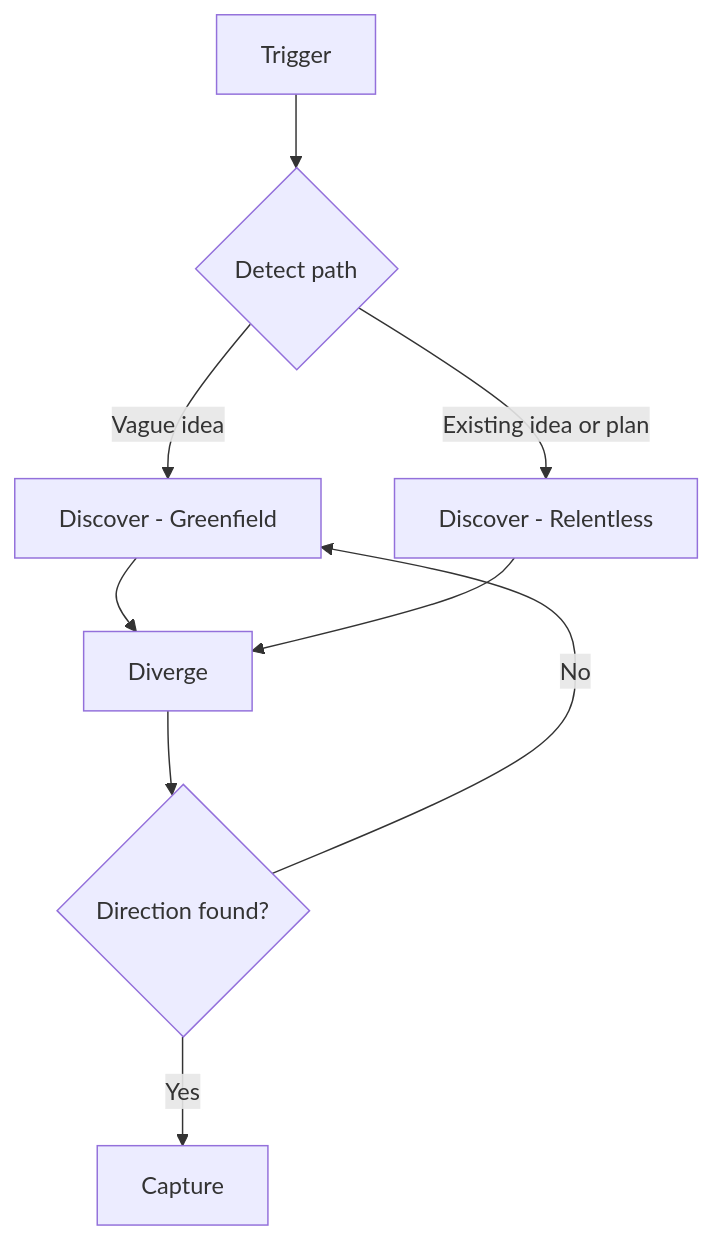
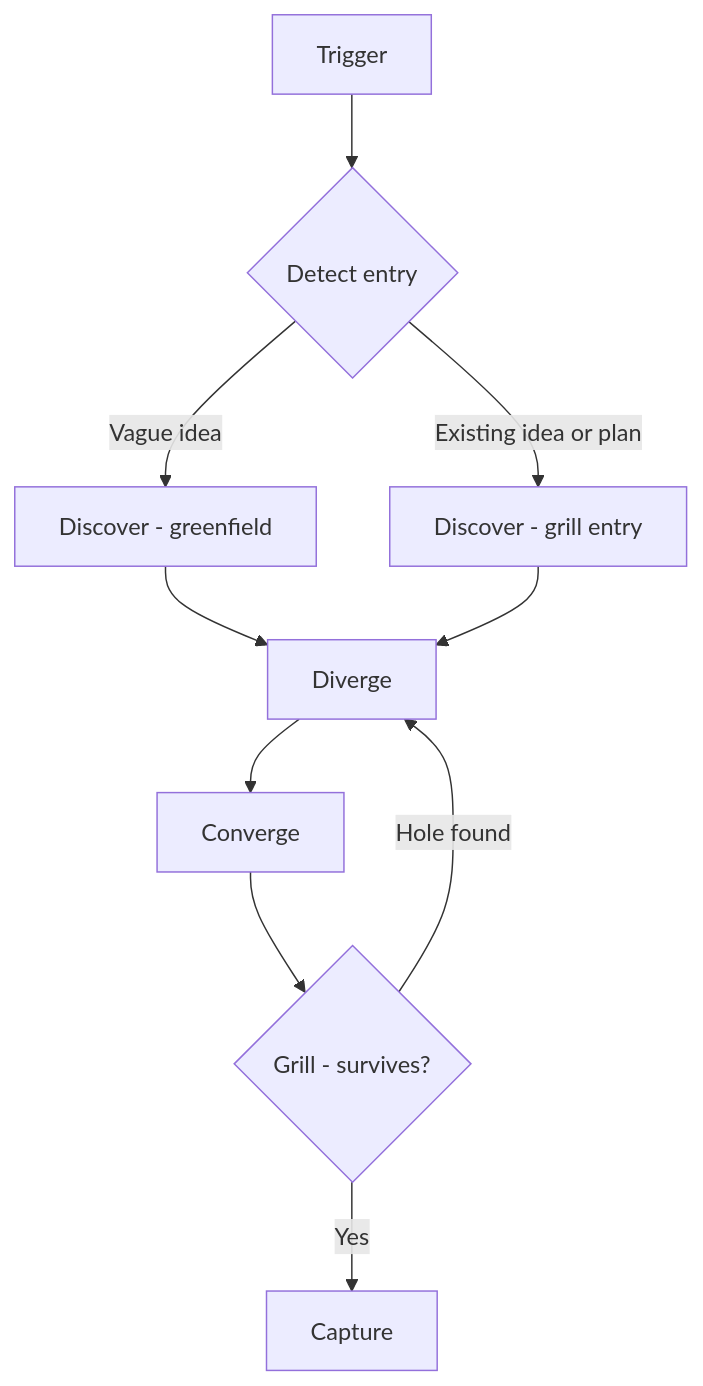
One commit to adeonir/agent-skills changed the diagram in skills/product/brainstorm/README.md. Above: the diagram before and after it, drawn with Mermaid. The commit also changed other lines of this file and 5 other files, not shown here.

First line of the commit message:
feat(brainstorm): grill every direction before capture

````diff
--- a/skills/product/brainstorm/README.md
+++ b/skills/product/brainstorm/README.md
@@ -9,11 +9,12 @@
 ```mermaid
 flowchart TD
-    T[Trigger] --> P{Detect path}
-    P -->|Vague idea| DS[Discover - Greenfield]
-    P -->|Existing idea or plan| DR[Discover - Relentless]
+    T[Trigger] --> P{Detect entry}
+    P -->|Vague idea| DS[Discover - greenfield]
+    P -->|Existing idea or plan| DR[Discover - grill entry]
     DS --> DV[Diverge]
     DR --> DV
-    DV --> C{Direction found?}
-    C -->|Yes| CA[Capture]
-    C -->|No| DS
+    DV --> C[Converge]
+    C --> G{Grill - survives?}
+    G -->|Yes| CA[Capture]
+    G -->|Hole found| DV
 ```
````
